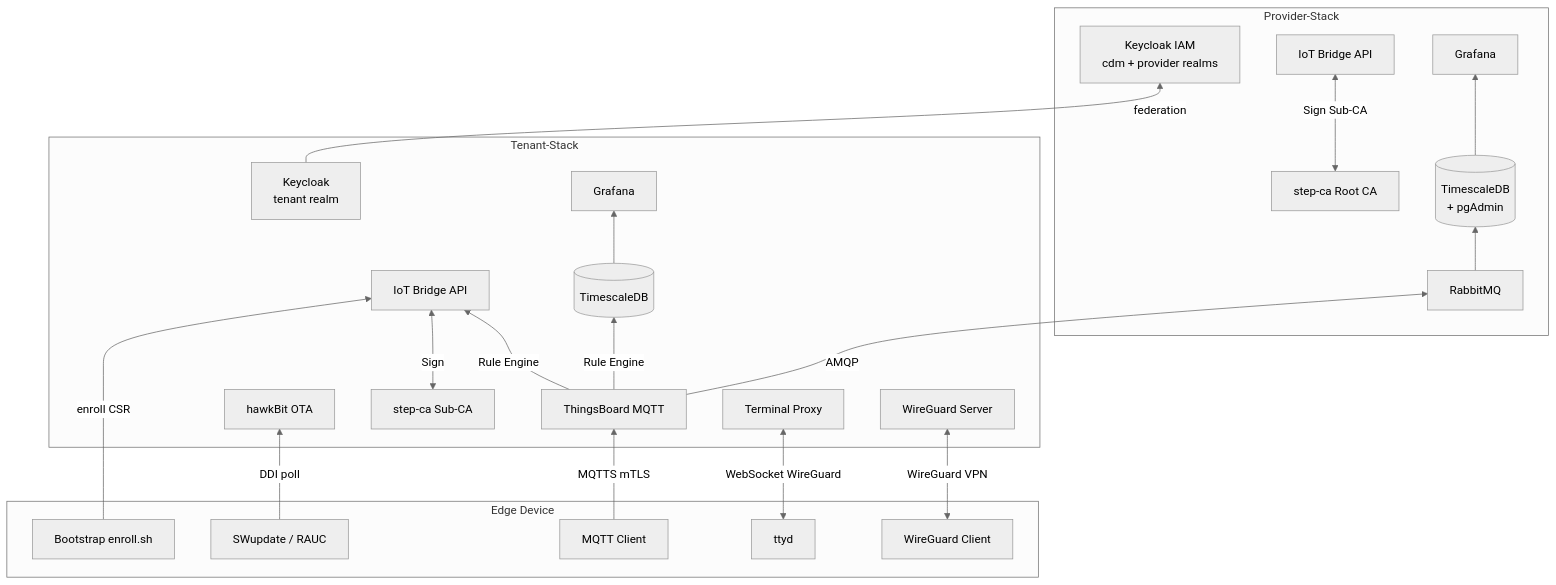
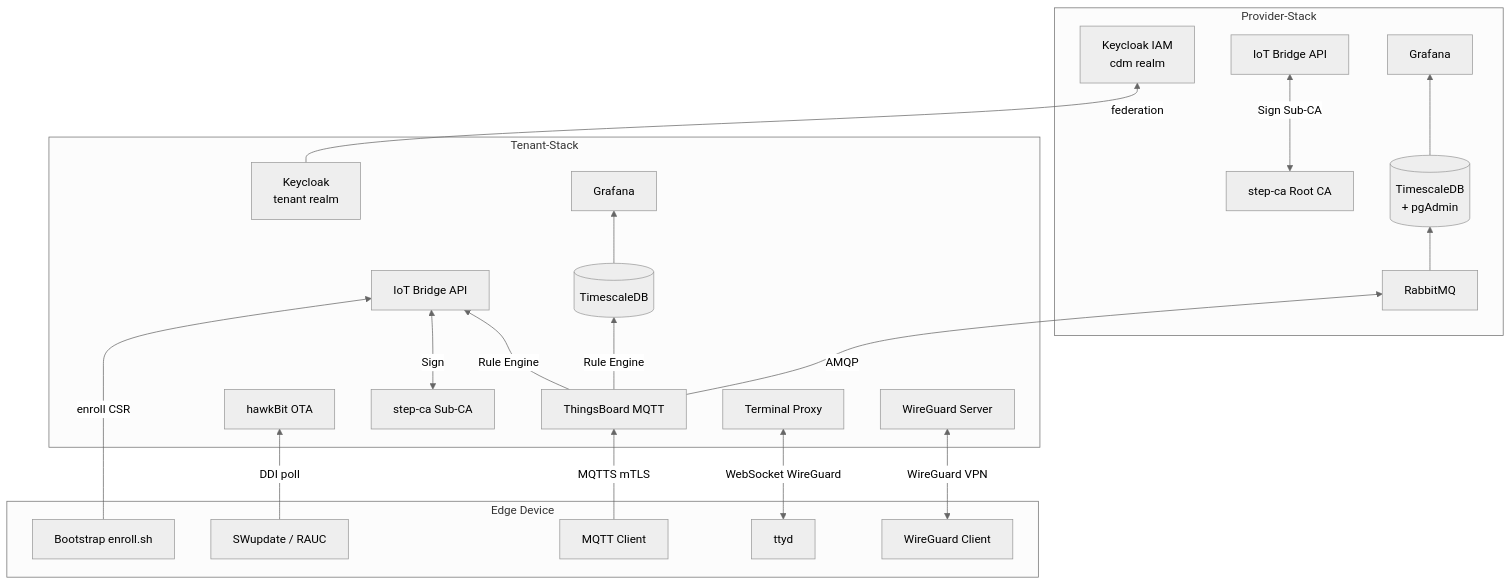
Before and after one commit to the78mole/complete-device-management: the second of 2 diagrams in README.md, drawn with Mermaid (neutral theme). The commit also changed other lines of this file, not shown here.

Commit message:
fix: update Keycloak IAM reference to single cdm realm in README

````diff
--- a/README.md
+++ b/README.md
@@ -71,46 +71,46 @@
 ```mermaid
 flowchart BT
     subgraph provider[Provider-Stack]
-        KC[Keycloak IAM<br>cdm + provider realms]
+        KC[Keycloak IAM<br>cdm realm]
         SCA[step-ca Root CA]
         RMQ[RabbitMQ]
         TSDB_P[(TimescaleDB<br>+ pgAdmin)]
         GRF_P[Grafana]
         IBA_P[IoT Bridge API]
 
         SCA <-->|Sign Sub-CA| IBA_P
         RMQ --> TSDB_P --> GRF_P
     end
 
     subgraph tenant[Tenant-Stack]
         KC_T[Keycloak<br>tenant realm]
         TB[ThingsBoard MQTT]
         HB[hawkBit OTA]
         SCA_T[step-ca Sub-CA]
         WGS[WireGuard Server]
         TXP[Terminal Proxy]
         TSDB_T[(TimescaleDB)]
         GRF_T[Grafana]
 
         KC_T -->|federation| KC
         TB -->|Rule Engine| IBA_T[IoT Bridge API]
         SCA_T <-->|Sign| IBA_T
         TB -->|Rule Engine| TSDB_T
         TB -->|AMQP| RMQ
         TSDB_T --> GRF_T
     end
 
     subgraph edge[Edge Device]
         BST[Bootstrap enroll.sh]
         UPD[SWupdate / RAUC]
         MQC[MQTT Client]
         TTD[ttyd]
         WGC[WireGuard Client]
     end
 
     MQC -->|MQTTS mTLS| TB
     UPD -->|DDI poll| HB
     TTD <-->|WebSocket WireGuard| TXP
     WGC <-->|WireGuard VPN| WGS
     BST -->|enroll CSR| IBA_T
 ```
````
